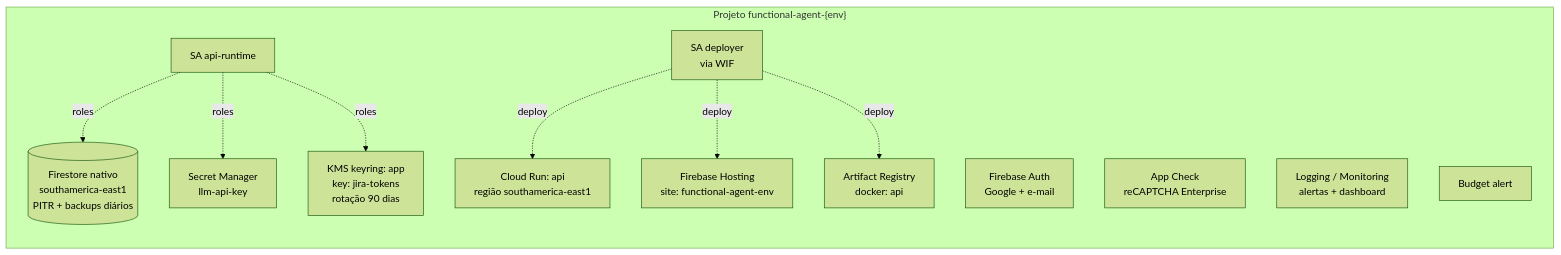
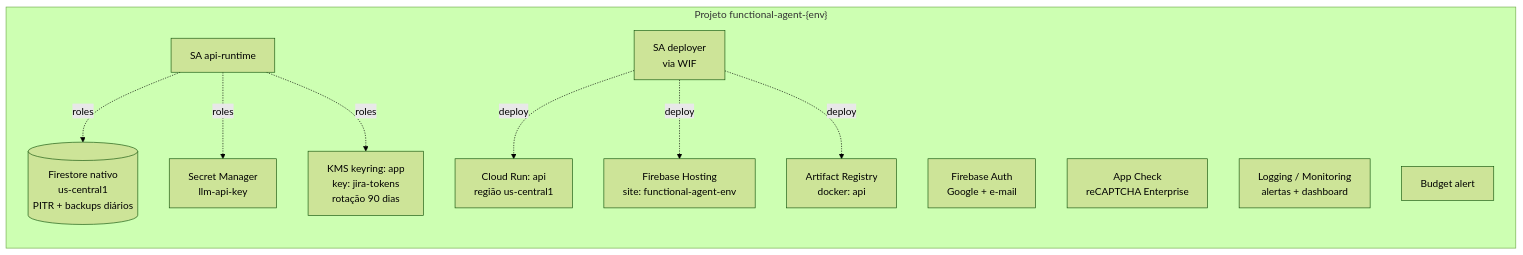
Before and after one commit to micaelleos/FunctionalAgent: the diagram in docs/modernizacao/05-infraestrutura.md, drawn with Mermaid (forest theme). The commit also changed other lines of this file and 64 other files, not shown here.

````diff
--- a/docs/modernizacao/05-infraestrutura.md
+++ b/docs/modernizacao/05-infraestrutura.md
@@ -16,20 +16,20 @@
 ```mermaid
 flowchart TB
     subgraph P["Projeto functional-agent-{env}"]
         direction TB
         H[Firebase Hosting<br/>site: functional-agent-env]
         A[Firebase Auth<br/>Google + e-mail]
         AC[App Check<br/>reCAPTCHA Enterprise]
-        CR[Cloud Run: api<br/>região southamerica-east1]
+        CR[Cloud Run: api<br/>região us-central1]
         AR[Artifact Registry<br/>docker: api]
-        F[(Firestore nativo<br/>southamerica-east1<br/>PITR + backups diários)]
+        F[(Firestore nativo<br/>us-central1<br/>PITR + backups diários)]
         S[Secret Manager<br/>llm-api-key]
         K[KMS keyring: app<br/>key: jira-tokens<br/>rotação 90 dias]
         L[Logging / Monitoring<br/>alertas + dashboard]
         B[Budget alert]
         SA1[SA api-runtime]
         SA2[SA deployer<br/>via WIF]
     end
     SA1 -. roles .-> F & S & K
     SA2 -. deploy .-> CR & H & AR
 ```
````
